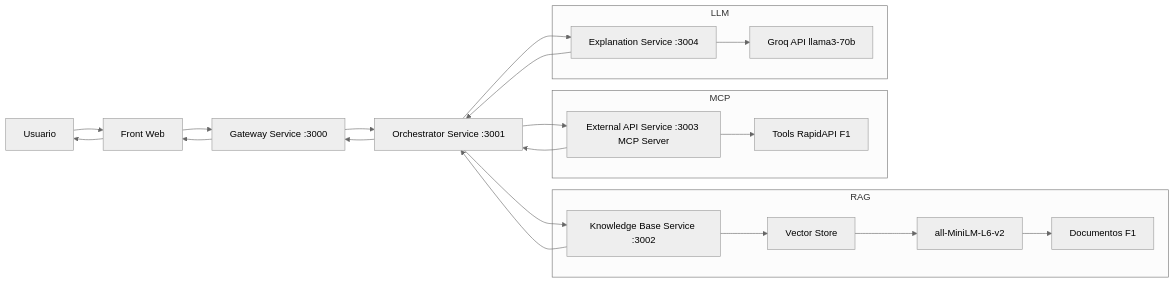
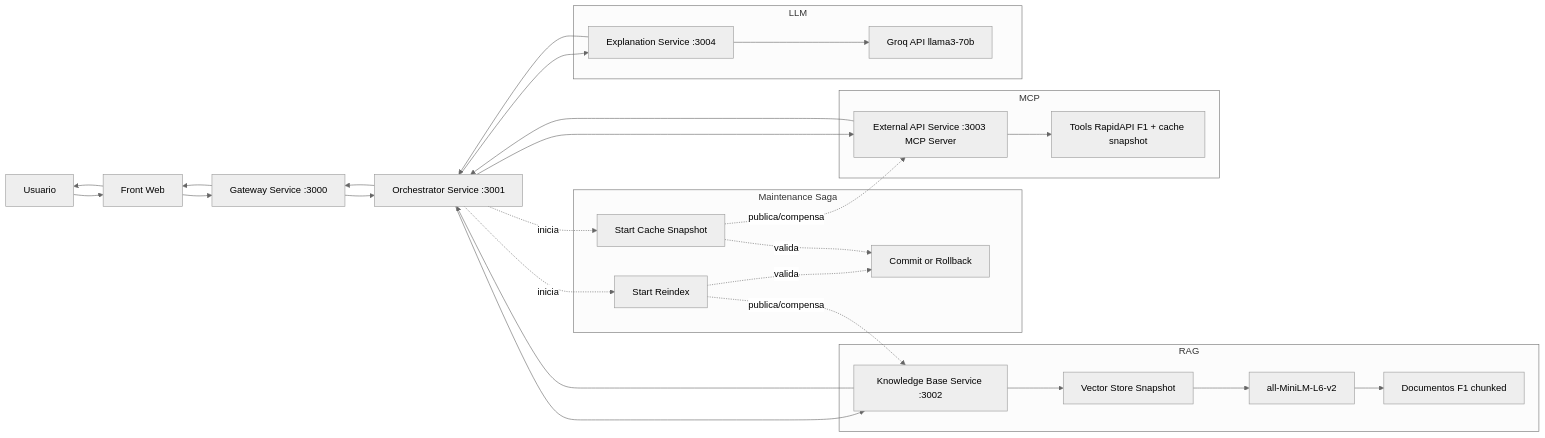
Before and after one commit to oMaike/Assistente-F1: the diagram in docs/architecture.mmd, drawn with Mermaid (neutral theme). The commit also changed 19 other files, not shown here.

```diff
--- a/docs/architecture.mmd
+++ b/docs/architecture.mmd
@@ -1,27 +1,40 @@
 flowchart LR
   U[Usuario] --> F[Front Web]
   F --> G[Gateway Service :3000]
   G --> C[Orchestrator Service :3001]
   C --> K[Knowledge Base Service :3002]
   C --> E[External API Service :3003 MCP Server]
   C --> X[Explanation Service :3004]
   K --> C
   E --> C
   X --> C
   C --> G
   G --> F
   F --> U
 
+  subgraph SAGA[Maintenance Saga]
+    S1[Start Reindex]
+    S2[Start Cache Snapshot]
+    S3[Commit or Rollback]
+  end
+
+  C -. inicia .-> S1
+  C -. inicia .-> S2
+  S1 -. publica/compensa .-> K
+  S2 -. publica/compensa .-> E
+  S1 -. valida .-> S3
+  S2 -. valida .-> S3
+
   subgraph RAG
-    K --> V[Vector Store]
+    K --> V[Vector Store Snapshot]
     V --> M[all-MiniLM-L6-v2]
-    M --> D[Documentos F1]
+    M --> D[Documentos F1 chunked]
   end
 
   subgraph MCP
-    E --> T[Tools RapidAPI F1]
+    E --> T[Tools RapidAPI F1 + cache snapshot]
   end
 
   subgraph LLM
     X --> L[Groq API llama3-70b]
   end
```
